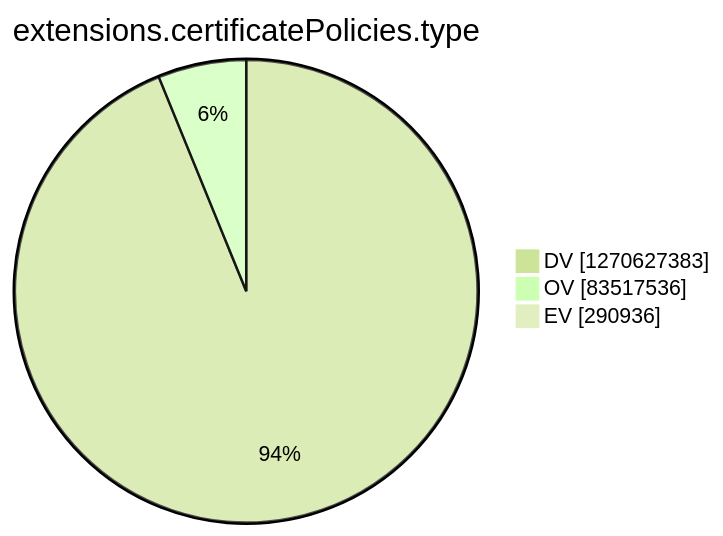
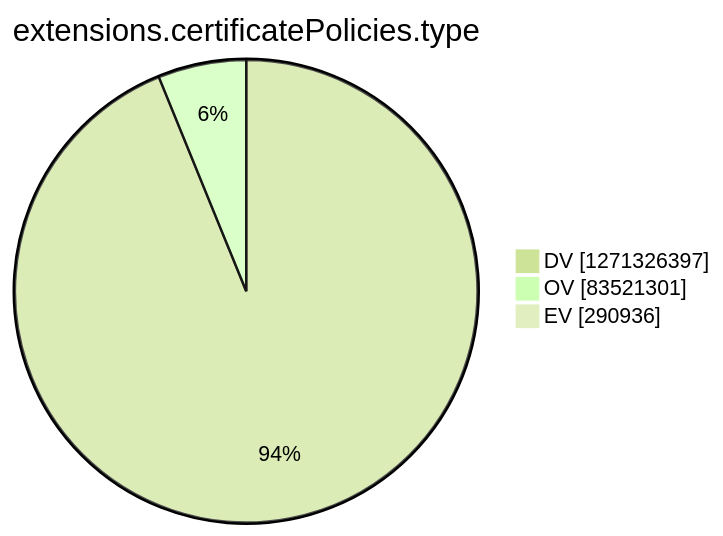
The tenth of 15 diagrams in argon2022/README.md (christiankrug/ctmonitor_visualization), drawn with Mermaid (forest theme) before and after one commit. The commit also changed other lines of this file, not shown here.

````diff
--- a/argon2022/README.md
+++ b/argon2022/README.md
@@ -2771,7 +2771,7 @@
 ```mermaid
 pie showData
 title extensions.certificatePolicies.type
-"DV" :1270627383
-"OV" :83517536
+"DV" :1271326397
+"OV" :83521301
 "EV" :290936
 ```
````
